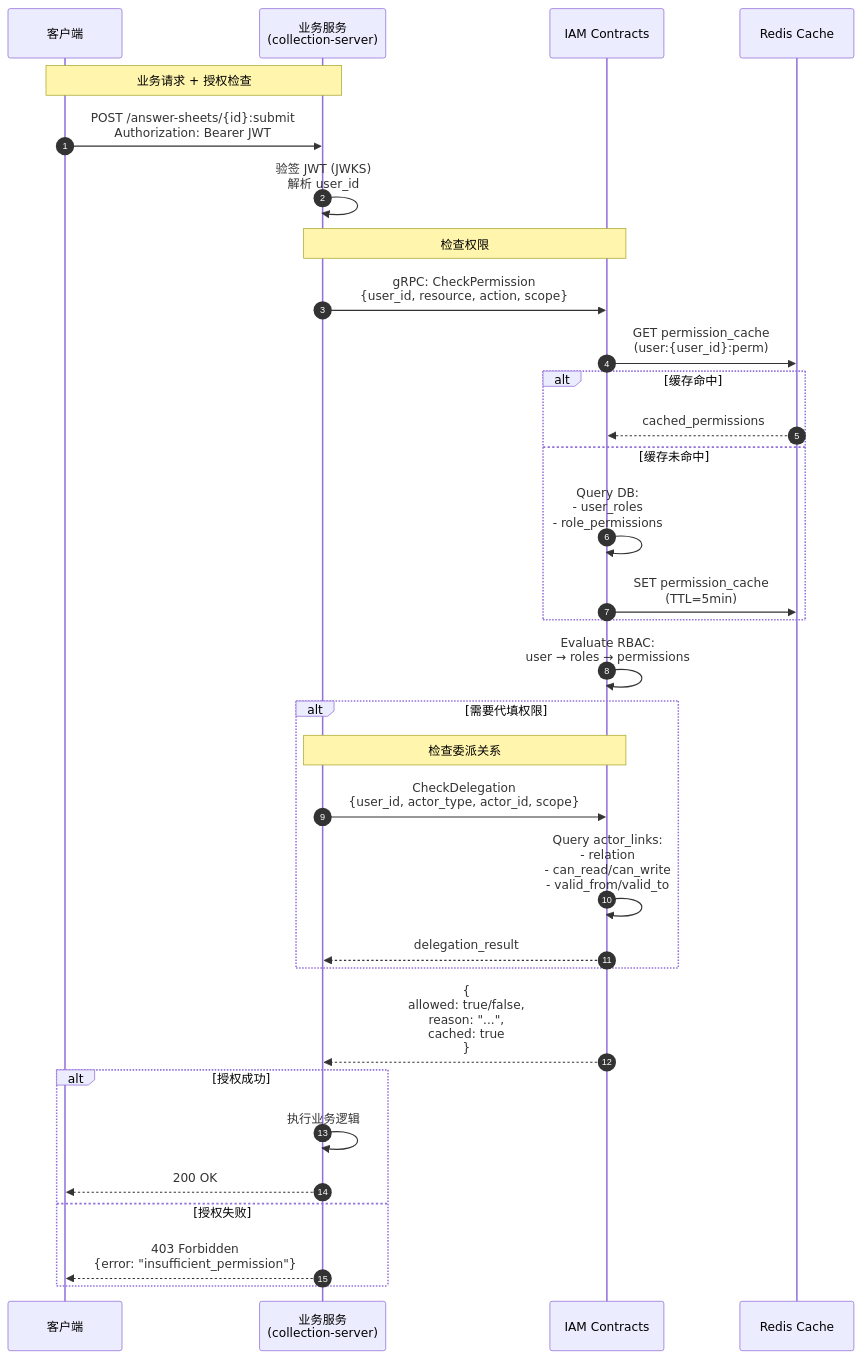
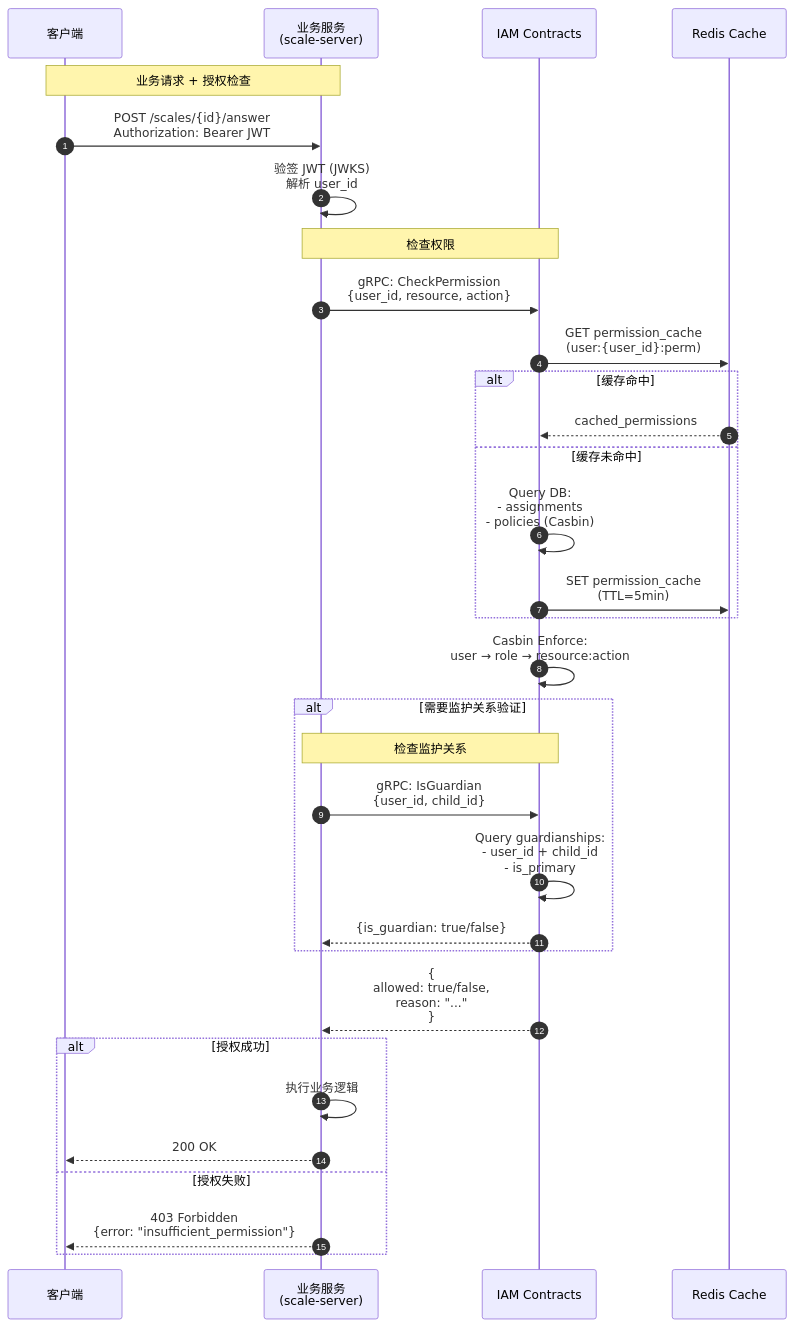
The fifth of 6 diagrams in README.md (FangcunMount/iam-contracts), drawn with Mermaid before and after one commit. The commit also changed other lines of this file, not shown here.

````diff
--- a/README.md
+++ b/README.md
@@ -400,43 +408,43 @@
 ```mermaid
 sequenceDiagram
     autonumber
     participant Client as 客户端
-    participant BizSvc as 业务服务<br/>(collection-server)
+    participant BizSvc as 业务服务<br/>(scale-server)
     participant IAM as IAM Contracts
     participant Cache as Redis Cache
 
     Note over Client,BizSvc: 业务请求 + 授权检查
-    Client->>BizSvc: POST /answer-sheets/{id}:submit<br/>Authorization: Bearer JWT
+    Client->>BizSvc: POST /scales/{id}/answer<br/>Authorization: Bearer JWT
     
     BizSvc->>BizSvc: 验签 JWT (JWKS)<br/>解析 user_id
     
     Note over BizSvc,IAM: 检查权限
-    BizSvc->>IAM: gRPC: CheckPermission<br/>{user_id, resource, action, scope}
+    BizSvc->>IAM: gRPC: CheckPermission<br/>{user_id, resource, action}
     
     IAM->>Cache: GET permission_cache<br/>(user:{user_id}:perm)
     
     alt 缓存命中
         Cache-->>IAM: cached_permissions
     else 缓存未命中
-        IAM->>IAM: Query DB:<br/>- user_roles<br/>- role_permissions
+        IAM->>IAM: Query DB:<br/>- assignments<br/>- policies (Casbin)
         IAM->>Cache: SET permission_cache<br/>(TTL=5min)
     end
     
-    IAM->>IAM: Evaluate RBAC:<br/>user → roles → permissions
+    IAM->>IAM: Casbin Enforce:<br/>user → role → resource:action
     
-    alt 需要代填权限
-        Note over BizSvc,IAM: 检查委派关系
-        BizSvc->>IAM: CheckDelegation<br/>{user_id, actor_type, actor_id, scope}
-        IAM->>IAM: Query actor_links:<br/>- relation<br/>- can_read/can_write<br/>- valid_from/valid_to
-        IAM-->>BizSvc: delegation_result
+    alt 需要监护关系验证
+        Note over BizSvc,IAM: 检查监护关系
+        BizSvc->>IAM: gRPC: IsGuardian<br/>{user_id, child_id}
+        IAM->>IAM: Query guardianships:<br/>- user_id + child_id<br/>- is_primary
+        IAM-->>BizSvc: {is_guardian: true/false}
     end
     
-    IAM-->>BizSvc: {<br/>  allowed: true/false,<br/>  reason: "...",<br/>  cached: true<br/>}
+    IAM-->>BizSvc: {<br/>  allowed: true/false,<br/>  reason: "..."<br/>}
     
     alt 授权成功
         BizSvc->>BizSvc: 执行业务逻辑
         BizSvc-->>Client: 200 OK
     else 授权失败
         BizSvc-->>Client: 403 Forbidden<br/>{error: "insufficient_permission"}
     end
 ```
````
